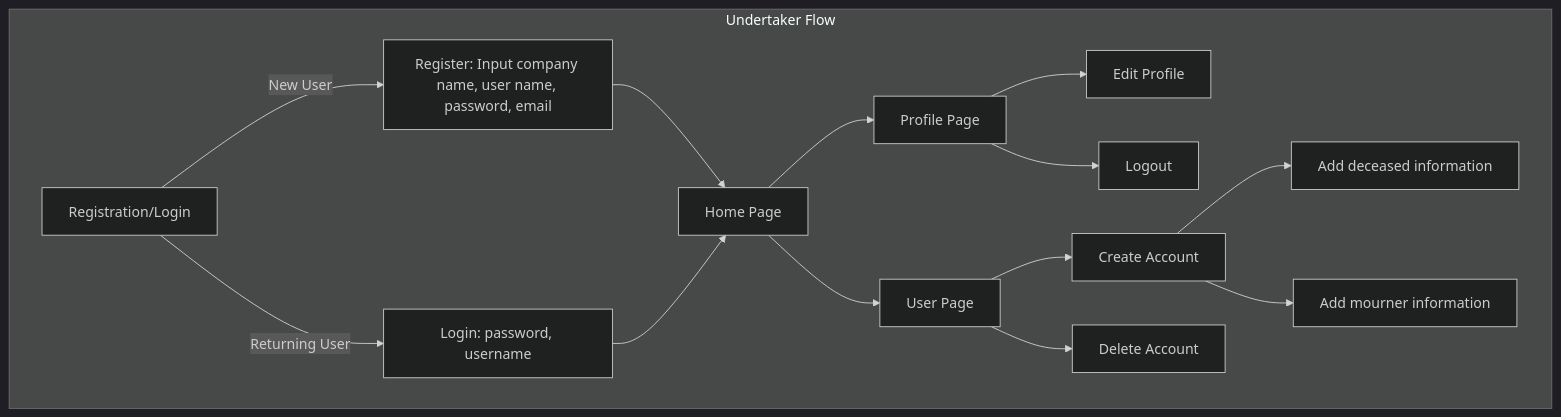
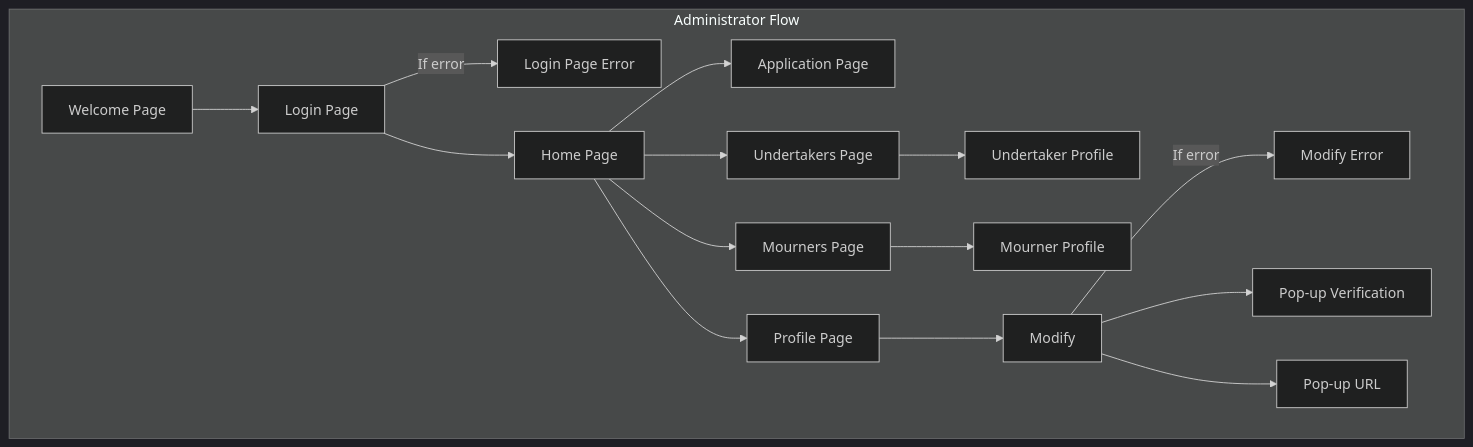
The third of 3 diagrams in documents/functional/functionalSpecifications.md (MaximeTAlgosup/AfterWords), drawn with Mermaid (dark theme) before and after one commit. The commit also changed other lines of this file, not shown here.

Commit message:
Create mermaids for app workflow

````diff
--- a/documents/functional/functionalSpecifications.md
+++ b/documents/functional/functionalSpecifications.md
@@ -1216,22 +1336,23 @@
 ```mermaid
 graph TD
-  %% Undertaker Flow
-  subgraph Undertaker Flow
-    A1[Registration/Login] -->|New User| A2[Register: Input company name, user name, password, email]
-    A1 -->|Returning User| A3[Login: password, username]
-    A2 --> HP[Home Page]
-    A3 --> HP[Home Page]
+  %% Administrator Flow
+  subgraph Administrator Flow
+    A[Welcome Page] --> A1[Login Page]
+    A1 -->|If error| A1E[Login Page Error]
+    A1 --> B[Home Page]
 
-    HP --> PP[Profile Page]
-    HP --> UP[User Page]
+    B --> C[Application Page]
+    B --> D[Undertakers Page]
+    B --> E[Mourners Page]
+    B --> F[Profile Page]
 
-    PP --> PP1[Edit Profile]
-    PP --> PP2[Logout]
+    D --> D1[Undertaker Profile]
 
-    UP --> UP1[Create Account]
-    UP --> UP2[Delete Account]
+    E --> E1[Mourner Profile]
 
-    UP1 --> UP1.1[Add deceased information]
-    UP1 --> UP1.2[Add mourner information]
+    F --> F1[Modify]
+    F1 -->|If error| F1E[Modify Error]
+    F1 --> F2[Pop-up Verification]
+    F1 --> F3[Pop-up URL]
   end
 ```
````
